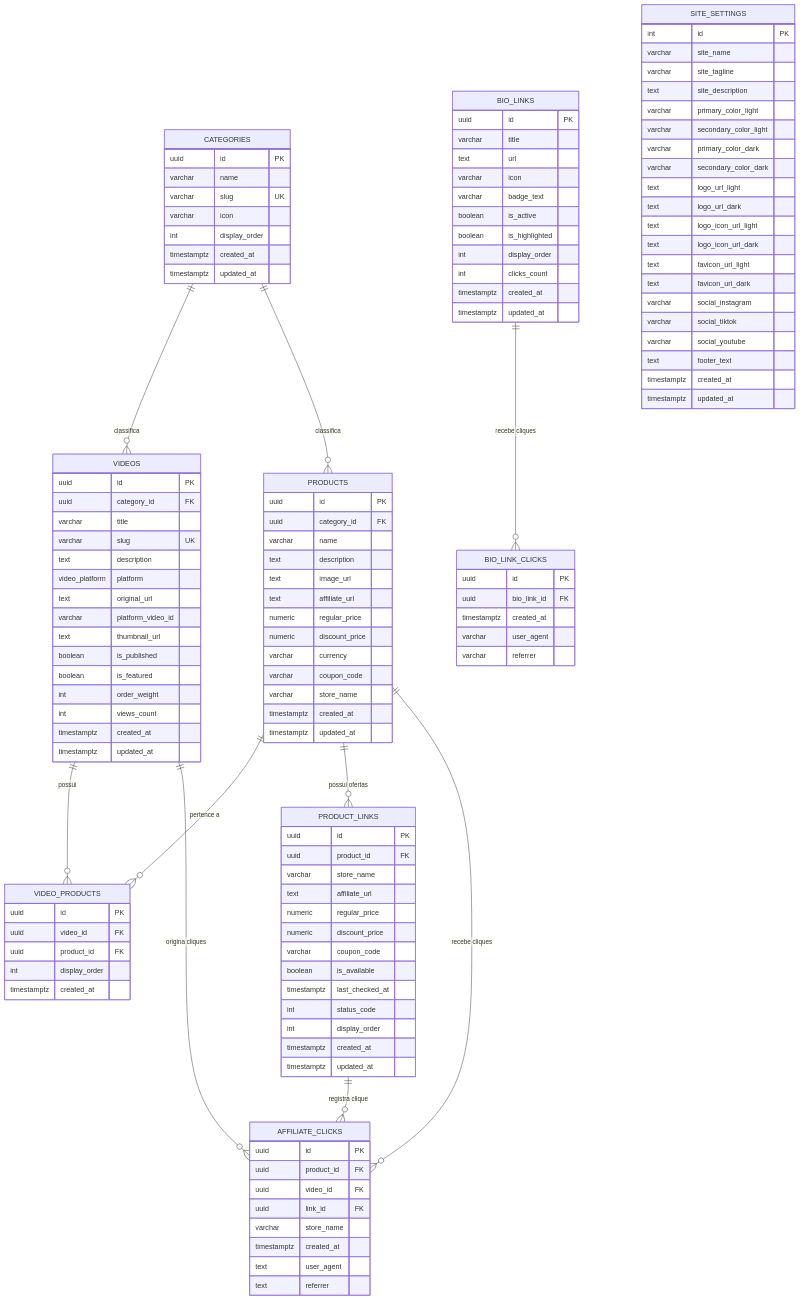
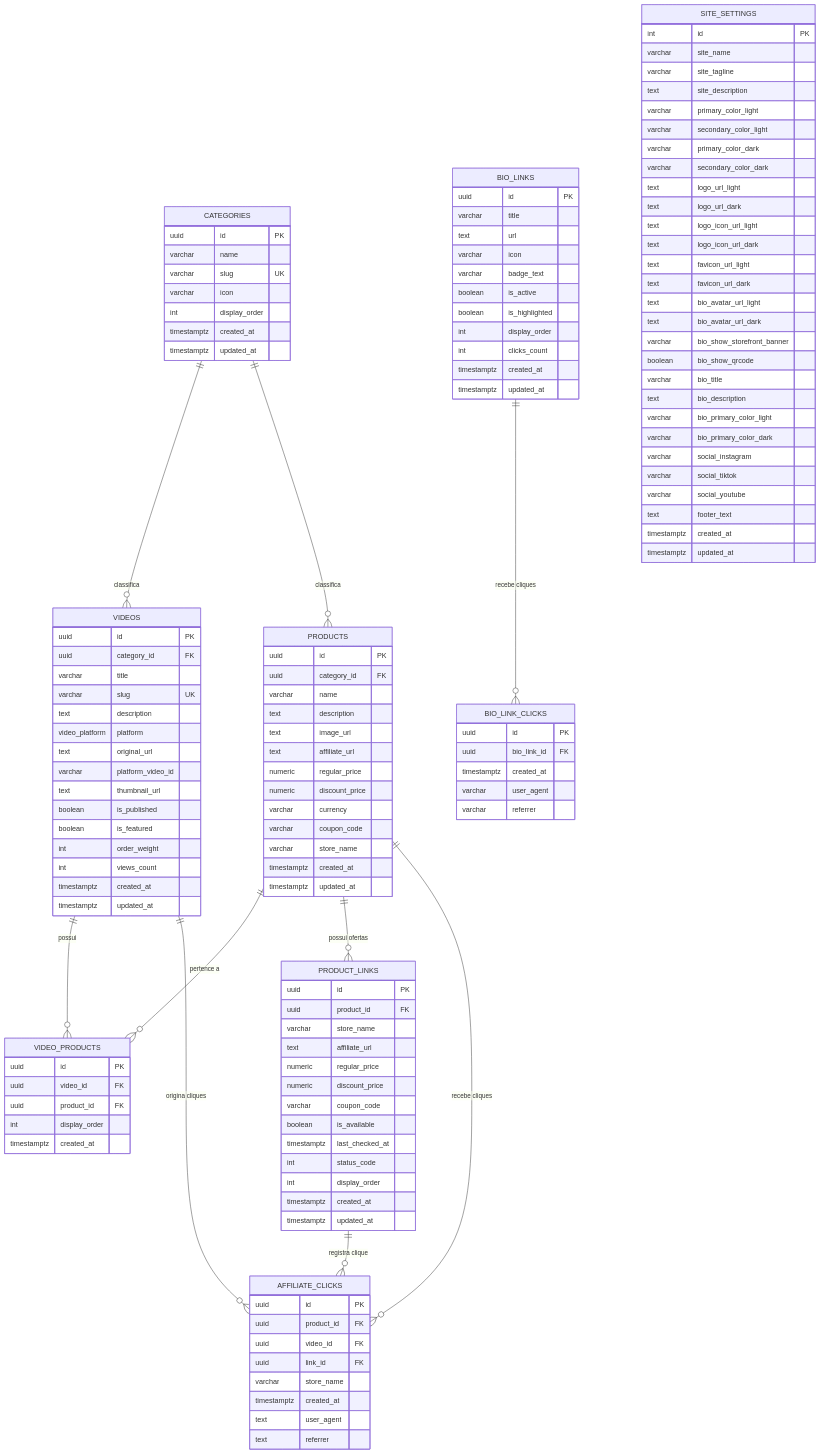
One commit to TheCheepeer/Promocuts changed the diagram in docs/DATABASE.md. Above: the diagram before and after it, drawn with Mermaid. The commit also changed other lines of this file and 16 other files, not shown here.

Commit message:
feat(bio-links): implementar personalizacao visual, cascata de avatar e gerador de qr code em svg

```diff
--- a/docs/DATABASE.md
+++ b/docs/DATABASE.md
@@ -55,6 +55,14 @@
         text logo_icon_url_dark
         text favicon_url_light
         text favicon_url_dark
+        text bio_avatar_url_light
+        text bio_avatar_url_dark
+        varchar bio_show_storefront_banner
+        boolean bio_show_qrcode
+        varchar bio_title
+        text bio_description
+        varchar bio_primary_color_light
+        varchar bio_primary_color_dark
         varchar social_instagram
         varchar social_tiktok
         varchar social_youtube
```
